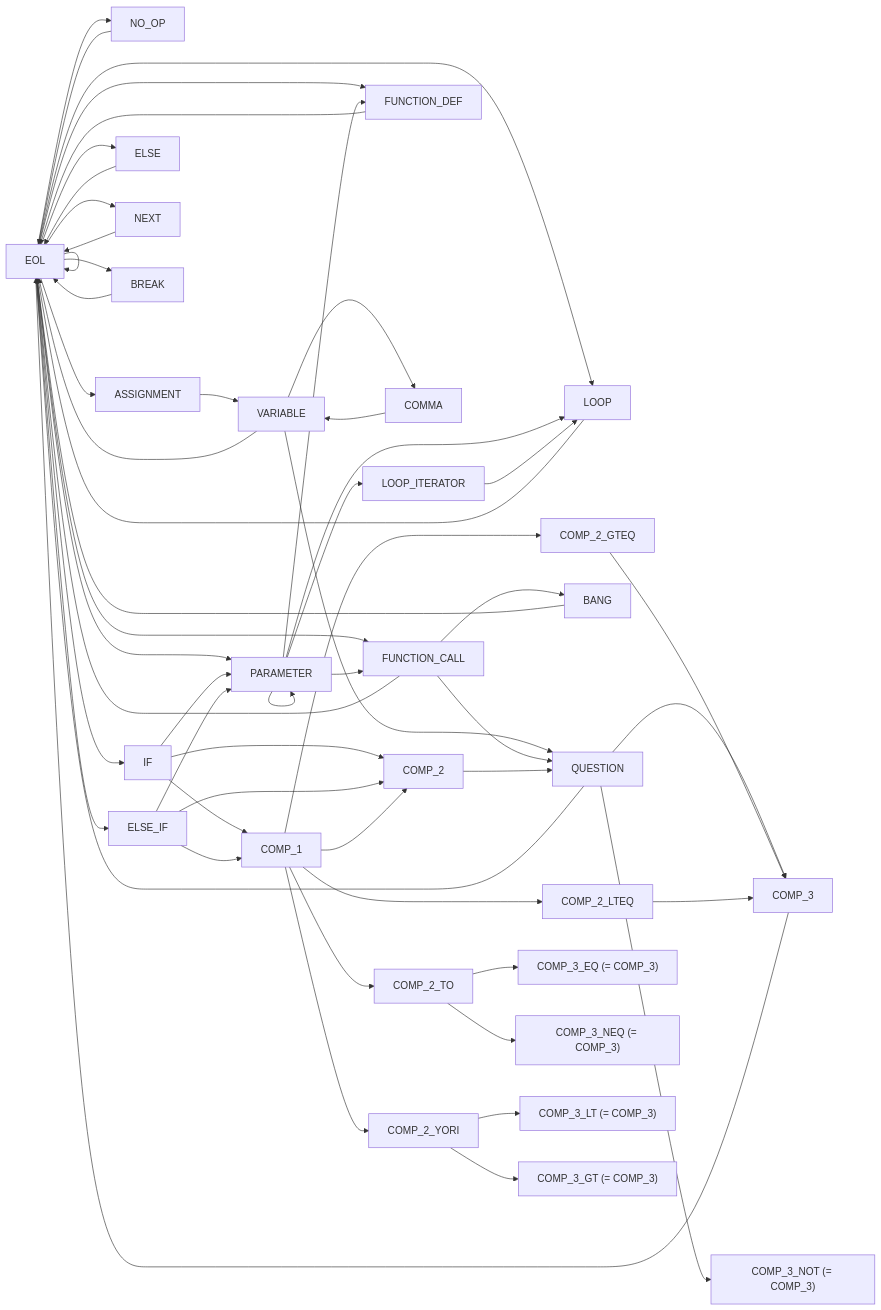
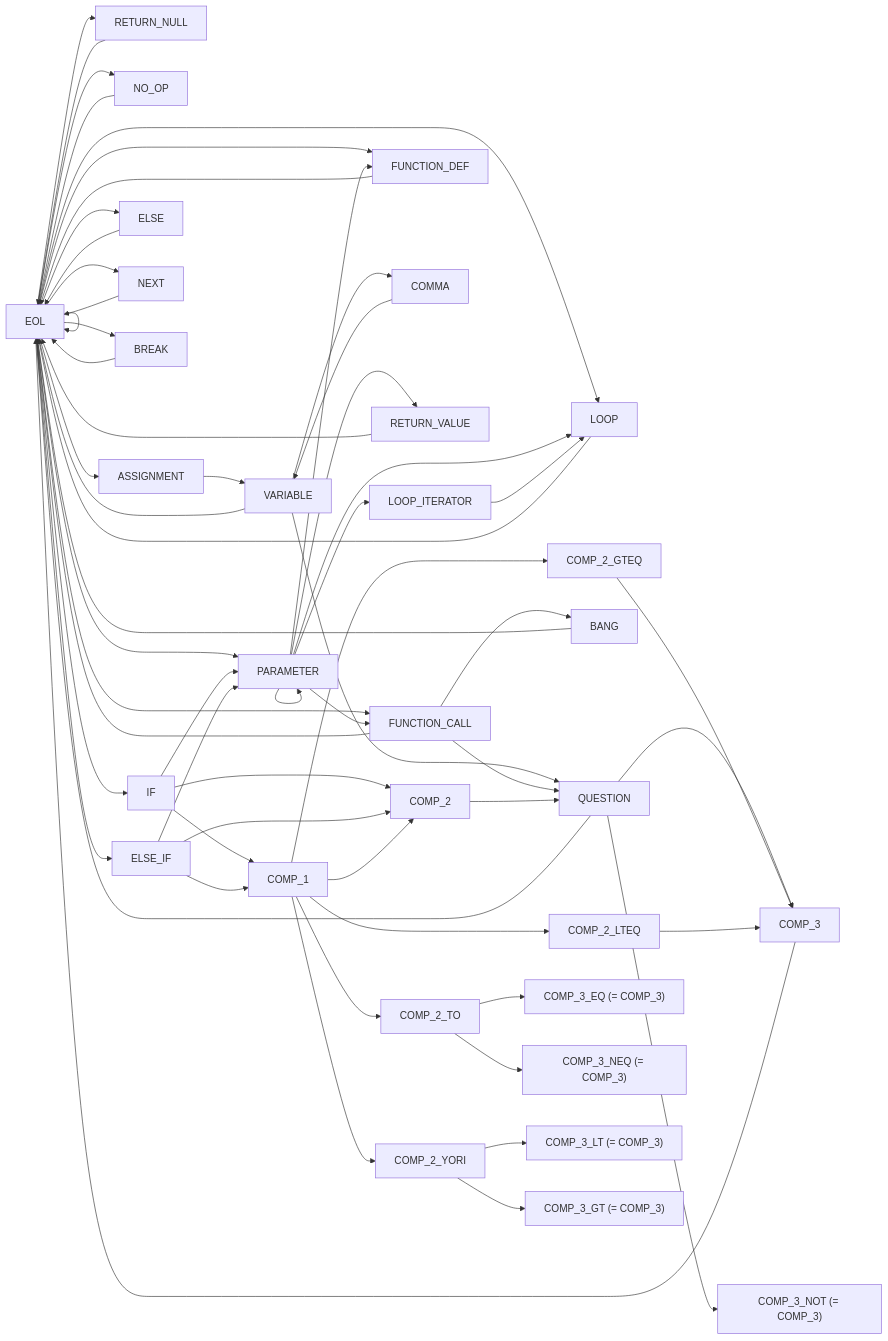
One commit to rewhowe/snapdragon changed the diagram in documentation/nfsm.md. Above: the diagram before and after it, drawn with Mermaid. The commit also changed 3 other files, not shown here.

```diff
--- a/documentation/nfsm.md
+++ b/documentation/nfsm.md
@@ -7,6 +7,7 @@
   EOL --> EOL
   EOL --> FUNCTION_CALL
   EOL --> FUNCTION_DEF
+  EOL --> RETURN_NULL
   EOL --> NO_OP
   EOL --> ASSIGNMENT
   EOL --> PARAMETER
@@ -26,6 +27,7 @@
   PARAMETER --> PARAMETER
   PARAMETER --> FUNCTION_DEF
   PARAMETER --> FUNCTION_CALL
+  PARAMETER --> RETURN_VALUE
   PARAMETER --> LOOP_ITERATOR
   PARAMETER --> LOOP
 
@@ -34,6 +36,10 @@
   FUNCTION_CALL --> EOL
   FUNCTION_CALL --> QUESTION
   FUNCTION_CALL --> BANG
+
+  RETURN_VALUE --> EOL
+
+  RETURN_NULL --> EOL
 
   NO_OP --> EOL
 
```
